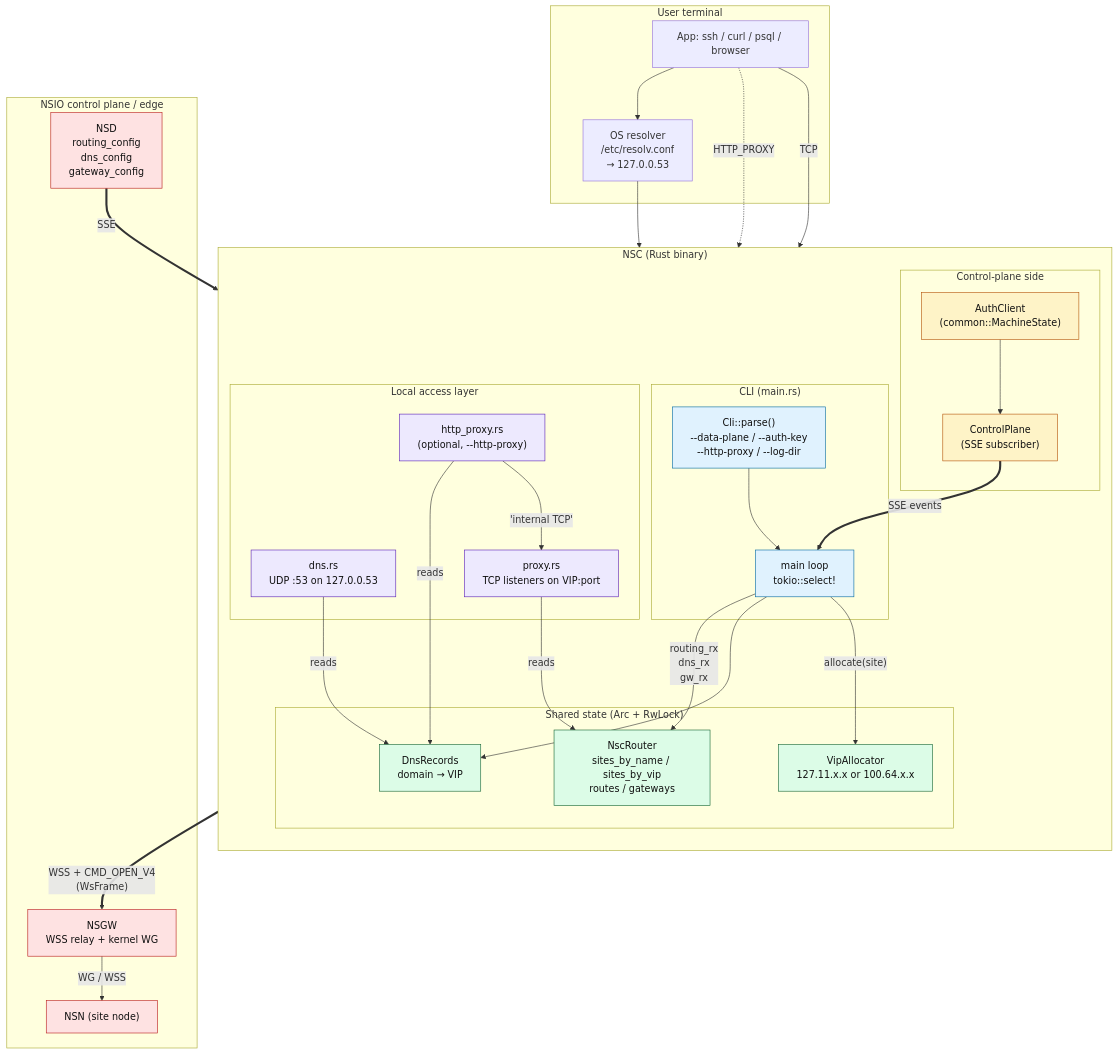
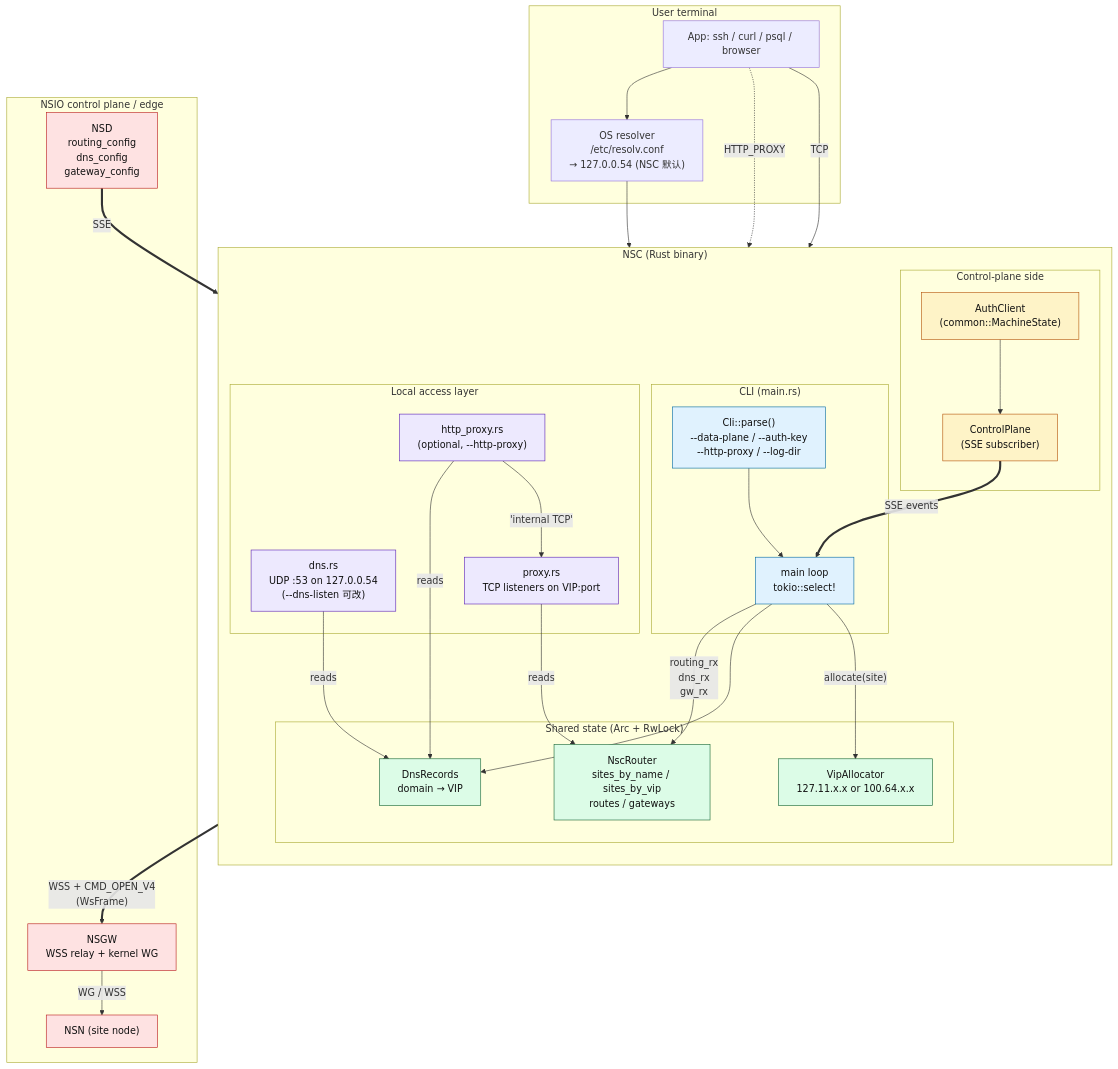
The diagram in docs/06-nsc-client/diagrams/nsc-arch.mmd (nsiod/docs), drawn with Mermaid before and after one commit. The commit also changed 8 other files, not shown here.

First line of the commit message:
docs(nsc): change default DNS listener to 127.0.0.54:53 to avoid systemd-resolved

```diff
--- a/docs/06-nsc-client/diagrams/nsc-arch.mmd
+++ b/docs/06-nsc-client/diagrams/nsc-arch.mmd
@@ -1,69 +1,69 @@
 flowchart TB
   subgraph User["User terminal"]
     APP["App: ssh / curl / psql / browser"]
-    OSRES["OS resolver<br/>/etc/resolv.conf<br/>→ 127.0.0.53"]
+    OSRES["OS resolver<br/>/etc/resolv.conf<br/>→ 127.0.0.54 (NSC 默认)"]
   end
 
   subgraph NSC["NSC (Rust binary)"]
     direction TB
     subgraph CLI["CLI (main.rs)"]
       ARGS["Cli::parse()<br/>--data-plane / --auth-key<br/>--http-proxy / --log-dir"]
       MLOOP["main loop<br/>tokio::select!"]
     end
 
     subgraph CTRL["Control-plane side"]
       AUTH["AuthClient<br/>(common::MachineState)"]
       CP["ControlPlane<br/>(SSE subscriber)"]
     end
 
     subgraph STATE["Shared state (Arc + RwLock)"]
       ROUTER["NscRouter<br/>sites_by_name / sites_by_vip<br/>routes / gateways"]
       DNSMAP["DnsRecords<br/>domain → VIP"]
       VIPALLOC["VipAllocator<br/>127.11.x.x or 100.64.x.x"]
     end
 
     subgraph LOCAL["Local access layer"]
-      DNSS["dns.rs<br/>UDP :53 on 127.0.0.53"]
+      DNSS["dns.rs<br/>UDP :53 on 127.0.0.54<br/>(--dns-listen 可改)"]
       VIPPROX["proxy.rs<br/>TCP listeners on VIP:port"]
       HTTPP["http_proxy.rs<br/>(optional, --http-proxy)"]
     end
   end
 
   subgraph Cloud["NSIO control plane / edge"]
     NSD["NSD<br/>routing_config<br/>dns_config<br/>gateway_config"]
     NSGW["NSGW<br/>WSS relay + kernel WG"]
     NSN["NSN (site node)"]
   end
 
   ARGS --> MLOOP
   APP --> OSRES --> DNSS
   APP -. HTTP_PROXY .-> HTTPP
   APP -- TCP --> VIPPROX
 
   AUTH --> CP
   CP == SSE events ==> MLOOP
   NSD == SSE ==> CP
 
   MLOOP -- "routing_rx<br/>dns_rx<br/>gw_rx" --> ROUTER
   MLOOP --> DNSMAP
   MLOOP -- allocate(site) --> VIPALLOC
 
   DNSS -- reads --> DNSMAP
   VIPPROX -- reads --> ROUTER
   HTTPP -- reads --> DNSMAP
 
   VIPPROX == "WSS + CMD_OPEN_V4<br/>(WsFrame)" ==> NSGW
   HTTPP -- 'internal TCP' --> VIPPROX
   NSGW -- "WG / WSS" --> NSN
 
   classDef cli fill:#e0f2fe,stroke:#0369a1,color:#111
   classDef ctrl fill:#fef3c7,stroke:#b45309,color:#111
   classDef state fill:#dcfce7,stroke:#166534,color:#111
   classDef local fill:#ede9fe,stroke:#5b21b6,color:#111
   classDef cloud fill:#fee2e2,stroke:#b91c1c,color:#111
 
   class ARGS,MLOOP cli
   class AUTH,CP ctrl
   class ROUTER,DNSMAP,VIPALLOC state
   class DNSS,VIPPROX,HTTPP local
   class NSD,NSGW,NSN cloud
```
